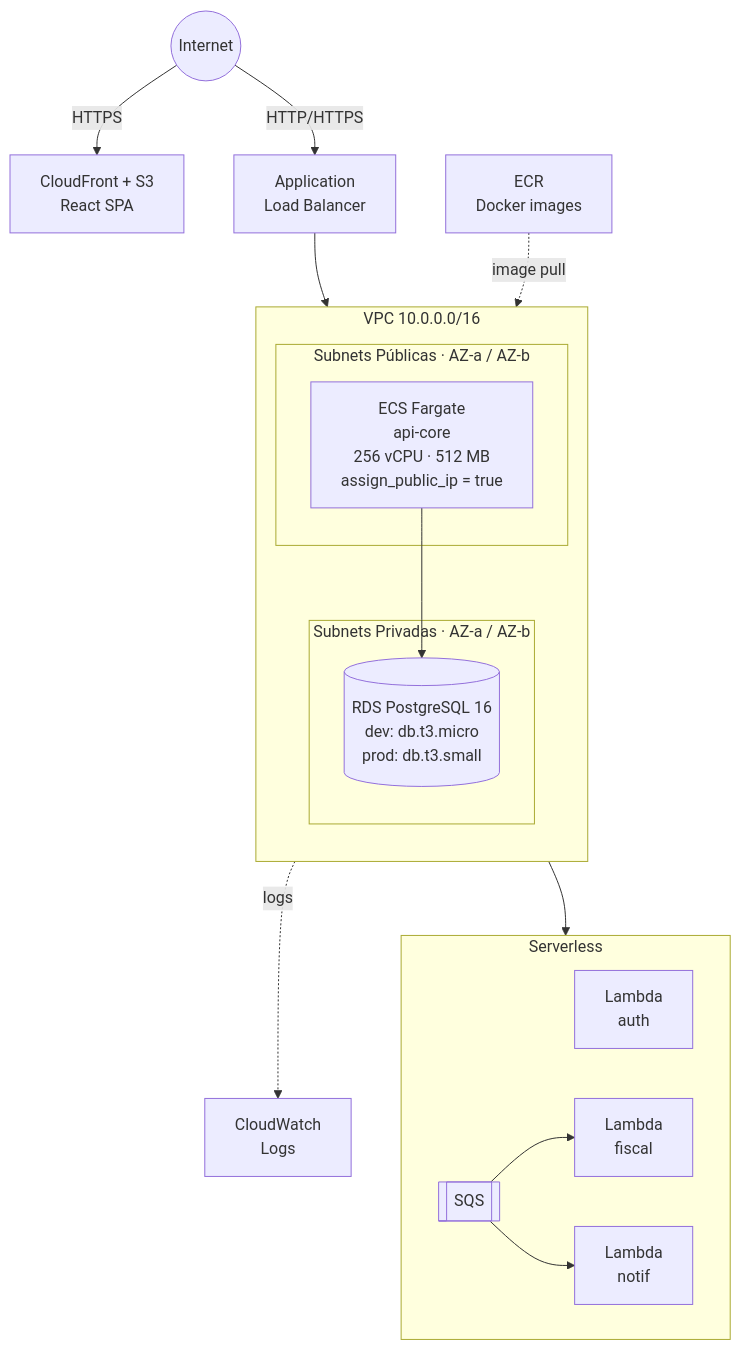
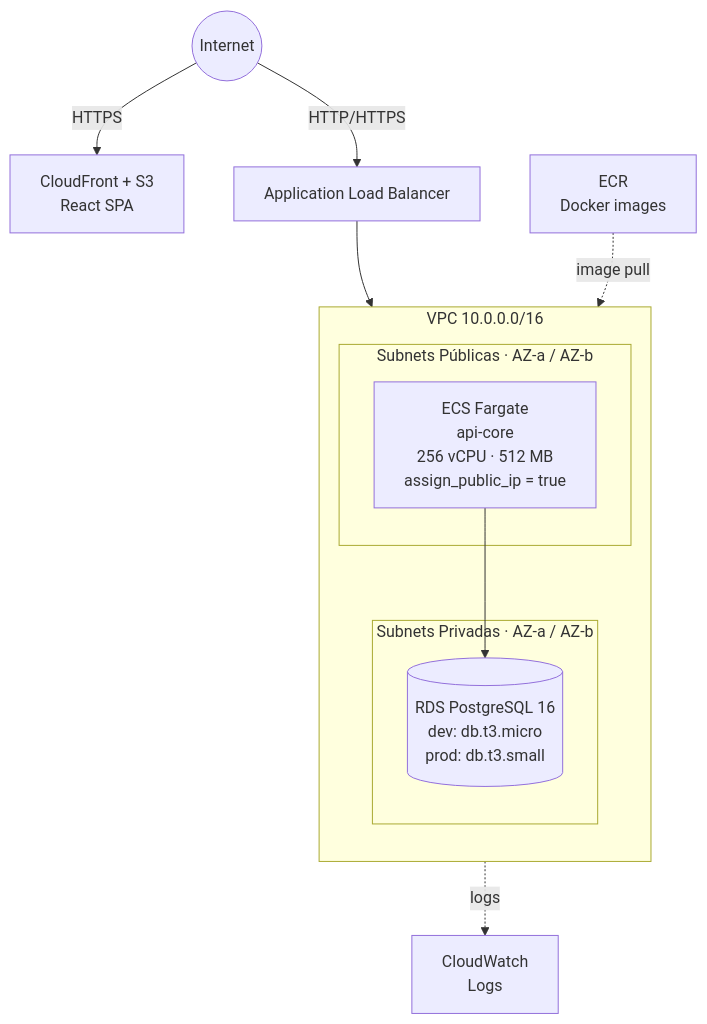
The second of 2 diagrams in README.md (gercenioxsilva/erp-lite), drawn with Mermaid before and after one commit. The commit also changed other lines of this file and 12 other files, not shown here.

````diff
--- a/README.md
+++ b/README.md
@@ -90,36 +120,24 @@
 ```mermaid
 flowchart TD
     internet(("Internet"))
-
     internet -->|HTTPS| cf["CloudFront + S3\nReact SPA"]
-    internet -->|HTTP/HTTPS| alb["Application\nLoad Balancer"]
+    internet -->|HTTP/HTTPS| alb["Application Load Balancer"]
 
     subgraph vpc["VPC  10.0.0.0/16"]
         direction TB
         subgraph pub["Subnets Públicas  ·  AZ-a / AZ-b"]
             ecs["ECS Fargate\napi-core\n256 vCPU · 512 MB\nassign_public_ip = true"]
         end
         subgraph priv["Subnets Privadas  ·  AZ-a / AZ-b"]
             rds[("RDS PostgreSQL 16\ndev: db.t3.micro\nprod: db.t3.small")]
         end
     end
 
-    subgraph srvless["Serverless"]
-        direction LR
-        authl["Lambda\nauth"]
-        fiscall["Lambda\nfiscal"]
-        notifl["Lambda\nnotif"]
-        sqs[["SQS"]]
-    end
-
     ecr["ECR\nDocker images"]
     cw["CloudWatch\nLogs"]
 
     alb --> ecs
     ecs --> rds
-    ecs --> sqs
-    sqs --> fiscall
-    sqs --> notifl
     ecr -.->|image pull| ecs
     ecs -.->|logs| cw
 ```
````
